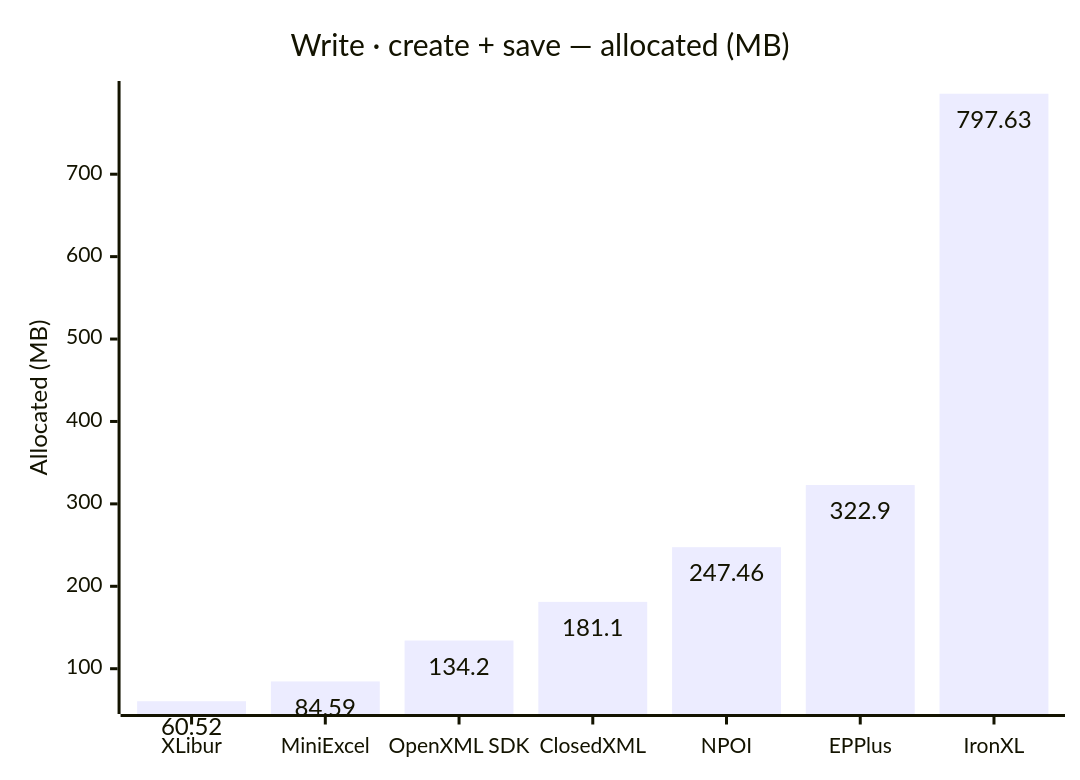
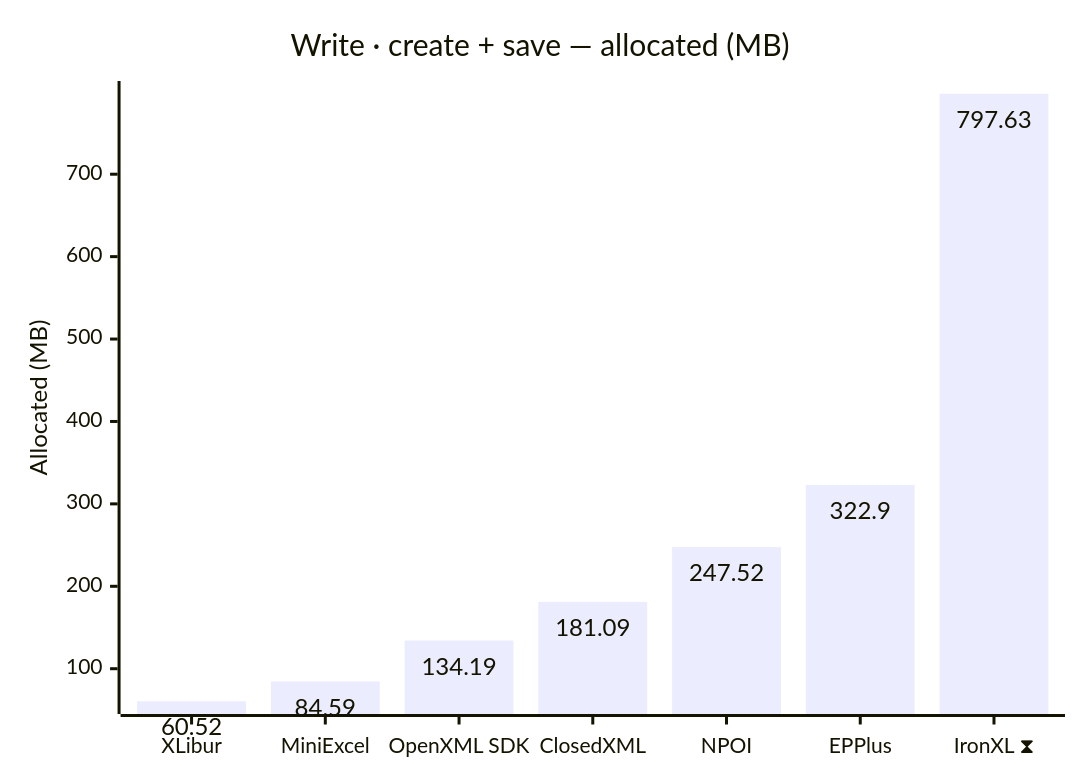
The sixth of 10 diagrams in docs/results.md (jafin/XLBench), drawn with Mermaid before and after one commit. The commit also changed other lines of this file and 2 other files, not shown here.

First line of the commit message:
docs: refresh benchmark results on XLibur 0.300.0

````diff
--- a/docs/results.md
+++ b/docs/results.md
@@ -100,12 +104,12 @@
 ```mermaid
 ---
 config:
   xyChart:
     showDataLabel: true
 ---
 xychart-beta
     title "Write · create + save — allocated (MB)"
-    x-axis ["XLibur", "MiniExcel", "OpenXML SDK", "ClosedXML", "NPOI", "EPPlus", "IronXL"]
+    x-axis ["XLibur", "MiniExcel", "OpenXML SDK", "ClosedXML", "NPOI", "EPPlus", "IronXL ⧗"]
     y-axis "Allocated (MB)"
-    bar [60.52, 84.59, 134.2, 181.1, 247.46, 322.9, 797.63]
+    bar [60.52, 84.59, 134.19, 181.09, 247.52, 322.9, 797.63]
 ```
````
